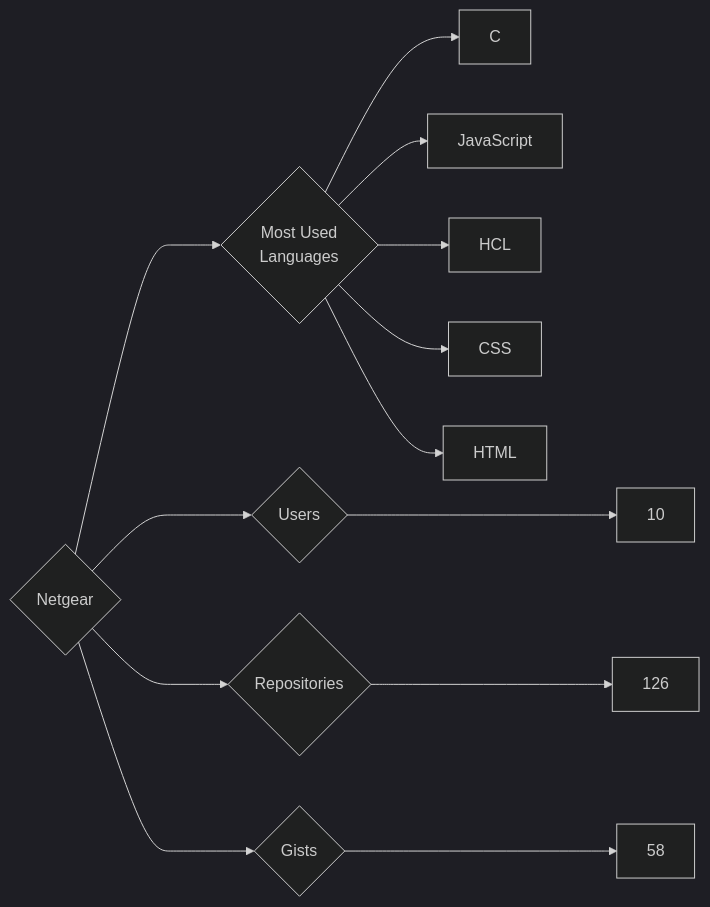
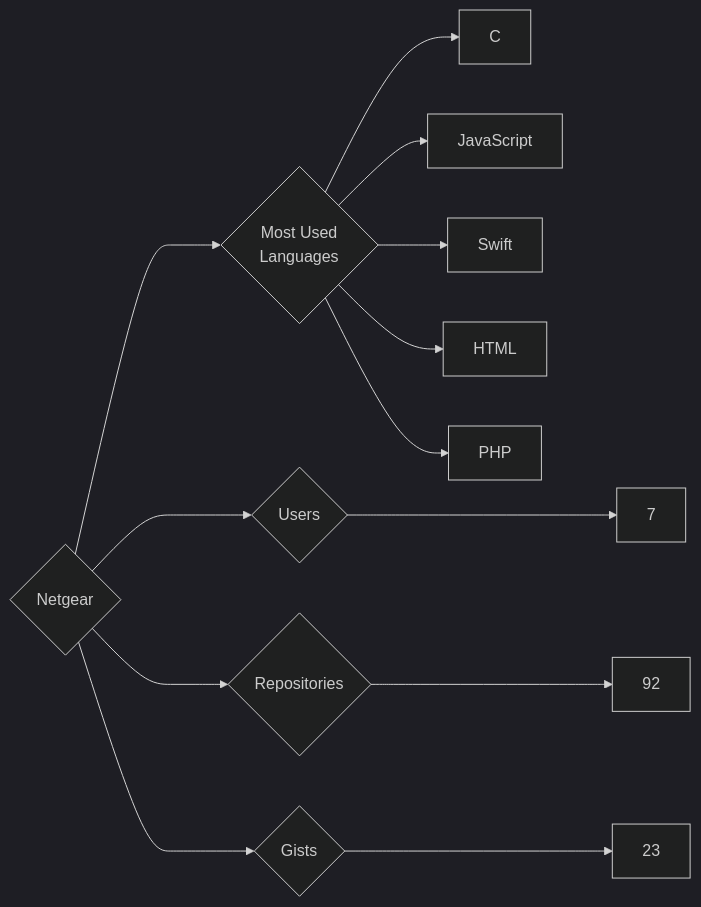
Before and after one commit to trickest/insiders: the diagram in targets/Netgear/README.md, drawn with Mermaid (dark theme). The commit also changed 1484 other files, not shown here.

````diff
--- a/targets/Netgear/README.md
+++ b/targets/Netgear/README.md
@@ -3,13 +3,13 @@
 ```mermaid
 graph LR
 COMPANY_NAME{Netgear}
-COMPANY_NAME ---> U{Users} ---> UN[10]
-COMPANY_NAME ---> R{Repositories} ---> RN[126]
-COMPANY_NAME ---> G{Gists} ---> GN[58]
+COMPANY_NAME ---> U{Users} ---> UN[7]
+COMPANY_NAME ---> R{Repositories} ---> RN[92]
+COMPANY_NAME ---> G{Gists} ---> GN[23]
 COMPANY_NAME ---> ML{Most Used<br>Languages}
 ML --> C[C]
 ML --> JavaScript[JavaScript]
-ML --> HCL[HCL]
-ML --> CSS[CSS]
+ML --> Swift[Swift]
 ML --> HTML[HTML]
+ML --> PHP[PHP]
 ```
````
